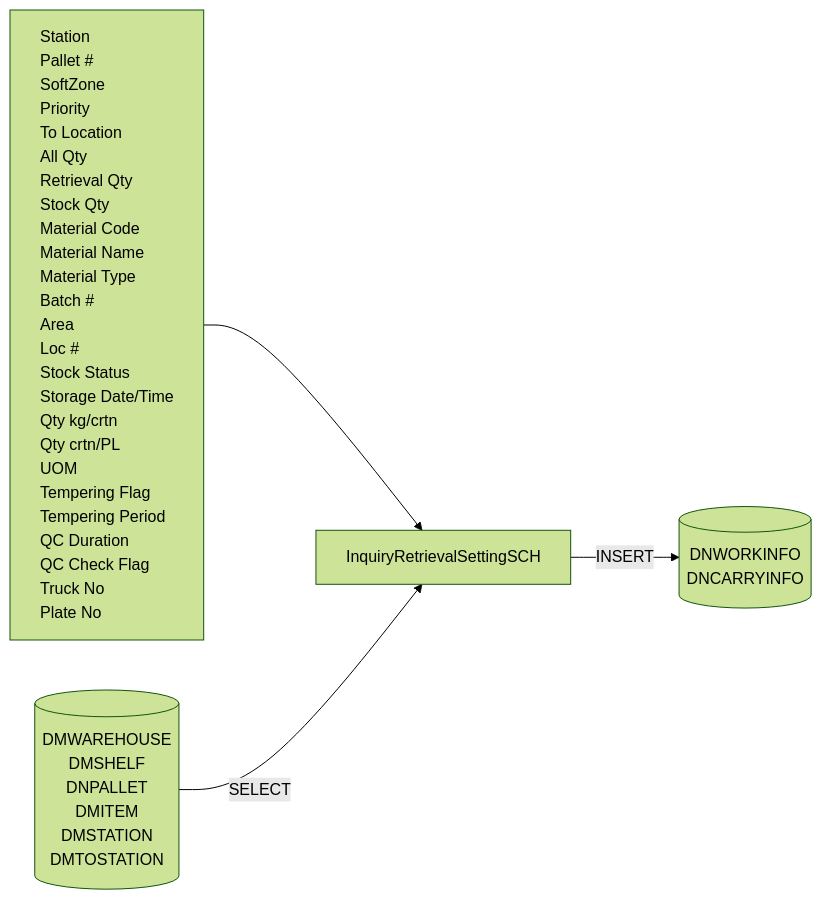
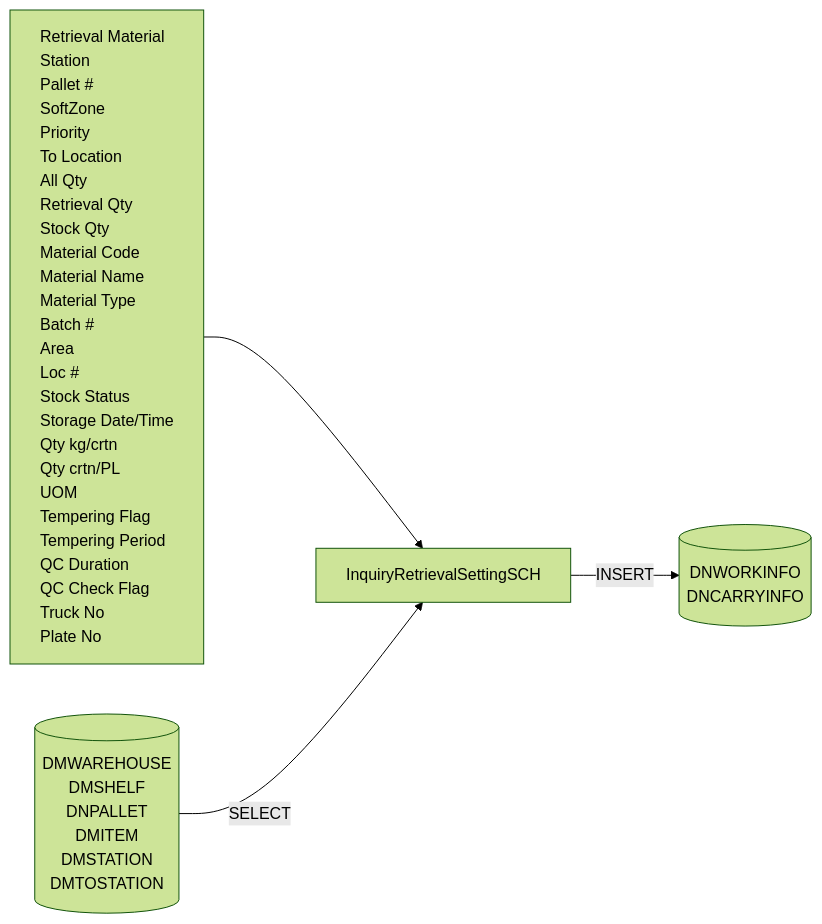
The fifth of 15 diagrams in Basic-Design/DFD-WMS/Retrieval/Specific-Location-Retrieval-Setting.md (luthfiadityaa/SimeDarby-Wiki), drawn with Mermaid (forest theme) before and after one commit.

Commit message:
Updated Specific Location Retrieval Setting

```diff
--- a/Basic-Design/DFD-WMS/Retrieval/Specific-Location-Retrieval-Setting.md
+++ b/Basic-Design/DFD-WMS/Retrieval/Specific-Location-Retrieval-Setting.md
@@ -124,52 +124,53 @@
 ::: mermaid
 flowchart LR
     input[
+        Retrieval Material
         Station
         Pallet #
         SoftZone
         Priority
         To Location
         All Qty
         Retrieval Qty
         Stock Qty
         Material Code
         Material Name
         Material Type
         Batch #
         Area
         Loc #
         Stock Status
         Storage Date/Time
         Qty kg/crtn
         Qty crtn/PL
         UOM
         Tempering Flag
         Tempering Period
         QC Duration
         QC Check Flag
         Truck No
         Plate No
     ]
 
     tableList-insert[("
         DNWORKINFO
         DNCARRYINFO
     ")]
 
      tableList-select[("
         DMWAREHOUSE
         DMSHELF
         DNPALLET
         DMITEM
         DMSTATION
         DMTOSTATION
     ")]
 
     className[InquiryRetrievalSettingSCH]
 
     input --> className --> |INSERT| tableList-insert
     tableList-select --> |SELECT| className
 
     classDef leftAlign text-align:left;
     class input leftAlign;
 :::
```
